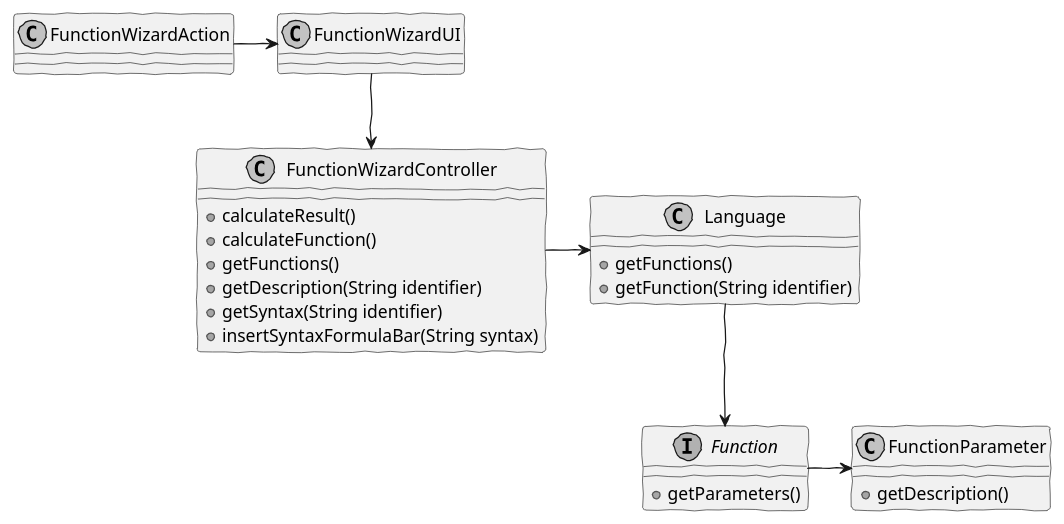
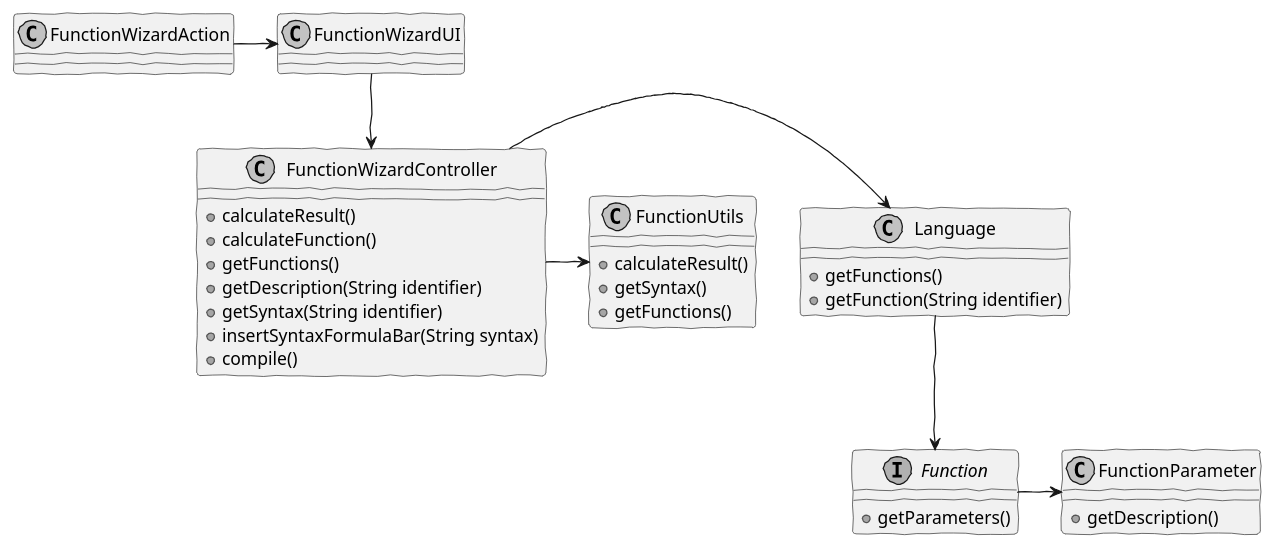
The diagram in src/main/java/lapr4/red/s2/lang/n1150613/FunctionWizard/cd2_insert_function.puml (MikeTekOn/lapr4-2017-2dd), drawn with PlantUML before and after one commit. The commit also changed 7 other files, not shown here.

```diff
--- a/src/main/java/lapr4/red/s2/lang/n1150613/FunctionWizard/cd2_insert_function.puml
+++ b/src/main/java/lapr4/red/s2/lang/n1150613/FunctionWizard/cd2_insert_function.puml
@@ -1,37 +1,45 @@
 @startuml cd2_insert_function_basic_wizard.png
 skinparam handwritten true
 skinparam monochrome true
 skinparam packageStyle rect
 skinparam defaultFontName FG Virgil
 skinparam shadowing false  
 
 interface Function {
     +getParameters()    
 }
 class FunctionWizardAction{    
 }
 class FunctionWizardUI{
 }
 class FunctionWizardController {
     +calculateResult()
     +calculateFunction()
     +getFunctions()
     +getDescription(String identifier)
     +getSyntax(String identifier)
     +insertSyntaxFormulaBar(String syntax)
+    +compile()
 }
 class Language{
     +getFunctions()
     +getFunction(String identifier)
 }
 class FunctionParameter{
     +getDescription()
 }
+
+class FunctionUtils{
+    +calculateResult()
+    +getSyntax()
+    +getFunctions()
+}
+
 FunctionWizardAction -> FunctionWizardUI 
 FunctionWizardUI --> FunctionWizardController 
 FunctionWizardController -> Language 
-
+FunctionWizardController -> FunctionUtils
 Language --> Function 
 
 Function -> FunctionParameter
 @enduml
```
